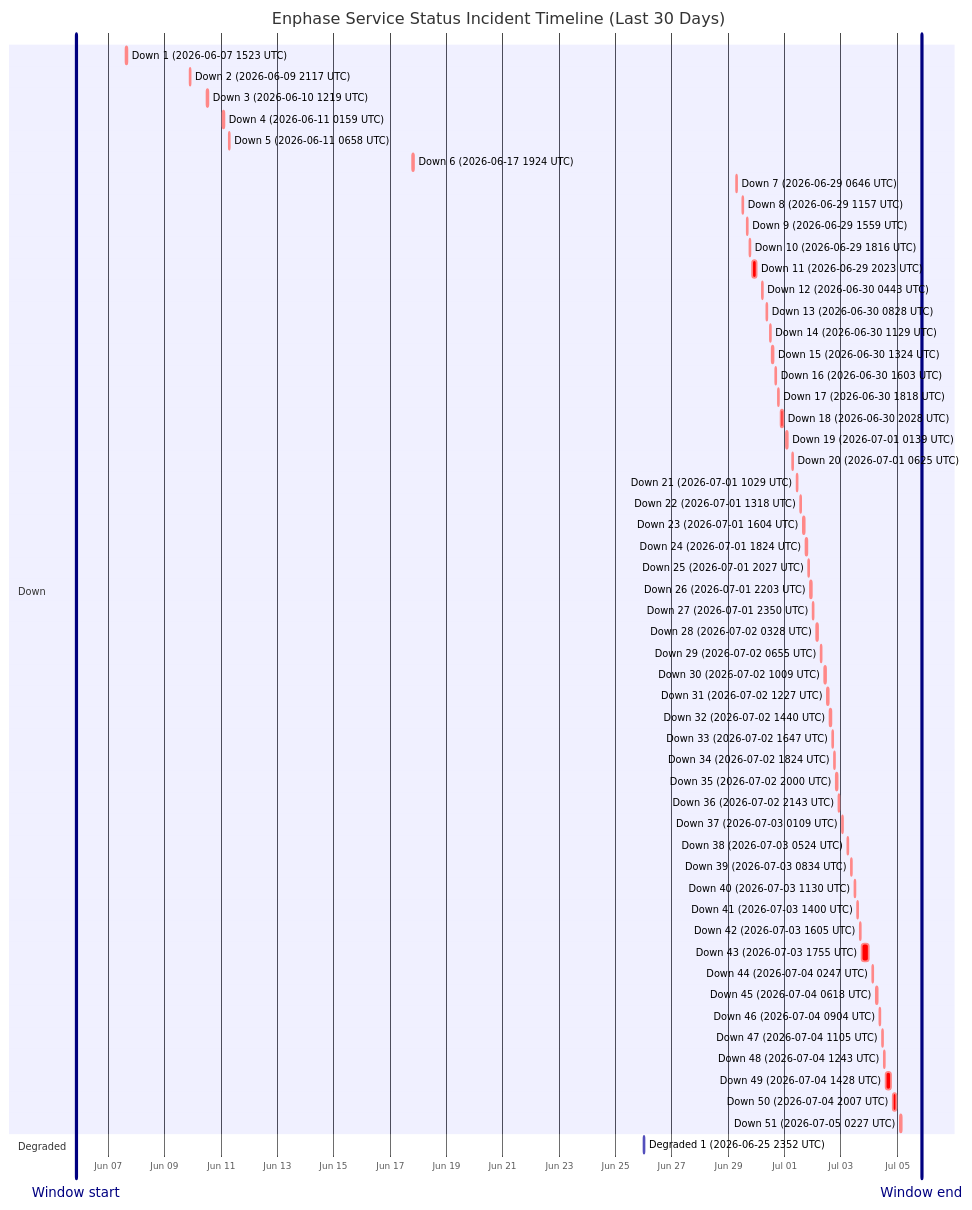
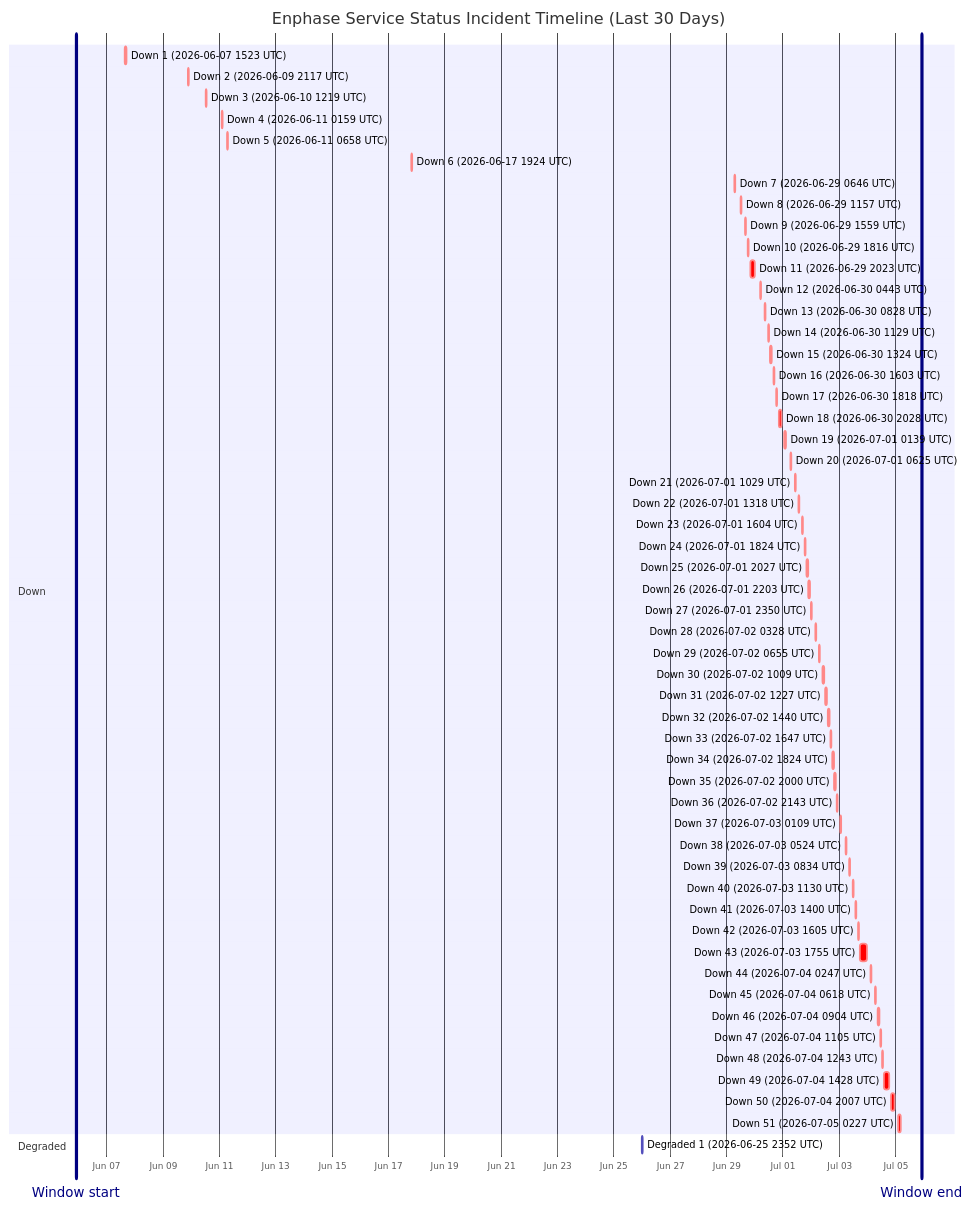
The diagram in wiki/Service-Status-History.md (barneyonline/ha-enphase-energy), drawn with Mermaid before and after one commit. The commit also changed other lines of this file and 3 other files, not shown here.

````diff
--- a/wiki/Service-Status-History.md
+++ b/wiki/Service-Status-History.md
@@ -14,62 +14,62 @@
 ```mermaid
 gantt
     title Enphase Service Status Incident Timeline (Last 30 Days)
     dateFormat  YYYY-MM-DDTHH:mm:ss
     axisFormat  %b %d
-    Window start :vert, window-start, 2026-06-05T20:35:25, 0ms
-    Window end :vert, window-end, 2026-07-05T20:35:25, 0ms
+    Window start :vert, window-start, 2026-06-05T22:00:03, 0ms
+    Window end :vert, window-end, 2026-07-05T22:00:03, 0ms
     section Down
     Down 1 (2026-06-07 1523 UTC) :crit, down-1, 2026-06-07T15:23:22, 87m
     Down 2 (2026-06-09 2117 UTC) :crit, down-2, 2026-06-09T21:17:17, 60m
     Down 3 (2026-06-10 1219 UTC) :crit, down-3, 2026-06-10T12:19:21, 60m
     Down 4 (2026-06-11 0159 UTC) :crit, down-4, 2026-06-11T01:59:36, 60m
     Down 5 (2026-06-11 0658 UTC) :crit, down-5, 2026-06-11T06:58:45, 60m
     Down 6 (2026-06-17 1924 UTC) :crit, down-6, 2026-06-17T19:24:51, 60m
     Down 7 (2026-06-29 0646 UTC) :crit, down-7, 2026-06-29T06:46:18, 60m
     Down 8 (2026-06-29 1157 UTC) :crit, down-8, 2026-06-29T11:57:36, 60m
     Down 9 (2026-06-29 1559 UTC) :crit, down-9, 2026-06-29T15:59:02, 60m
     Down 10 (2026-06-29 1816 UTC) :crit, down-10, 2026-06-29T18:16:38, 60m
     Down 11 (2026-06-29 2023 UTC) :crit, down-11, 2026-06-29T20:23:16, 220m
     Down 12 (2026-06-30 0443 UTC) :crit, down-12, 2026-06-30T04:43:54, 60m
     Down 13 (2026-06-30 0828 UTC) :crit, down-13, 2026-06-30T08:28:43, 60m
     Down 14 (2026-06-30 1129 UTC) :crit, down-14, 2026-06-30T11:29:15, 60m
     Down 15 (2026-06-30 1324 UTC) :crit, down-15, 2026-06-30T13:24:25, 60m
     Down 16 (2026-06-30 1603 UTC) :crit, down-16, 2026-06-30T16:03:26, 60m
     Down 17 (2026-06-30 1818 UTC) :crit, down-17, 2026-06-30T18:18:39, 60m
     Down 18 (2026-06-30 2028 UTC) :crit, down-18, 2026-06-30T20:28:54, 171m
     Down 19 (2026-07-01 0139 UTC) :crit, down-19, 2026-07-01T01:39:18, 60m
     Down 20 (2026-07-01 0625 UTC) :crit, down-20, 2026-07-01T06:25:35, 60m
     Down 21 (2026-07-01 1029 UTC) :crit, down-21, 2026-07-01T10:29:24, 60m
     Down 22 (2026-07-01 1318 UTC) :crit, down-22, 2026-07-01T13:18:31, 60m
     Down 23 (2026-07-01 1604 UTC) :crit, down-23, 2026-07-01T16:04:29, 60m
     Down 24 (2026-07-01 1824 UTC) :crit, down-24, 2026-07-01T18:24:21, 60m
     Down 25 (2026-07-01 2027 UTC) :crit, down-25, 2026-07-01T20:27:17, 60m
     Down 26 (2026-07-01 2203 UTC) :crit, down-26, 2026-07-01T22:03:46, 60m
     Down 27 (2026-07-01 2350 UTC) :crit, down-27, 2026-07-01T23:50:52, 60m
     Down 28 (2026-07-02 0328 UTC) :crit, down-28, 2026-07-02T03:28:33, 60m
     Down 29 (2026-07-02 0655 UTC) :crit, down-29, 2026-07-02T06:55:07, 60m
     Down 30 (2026-07-02 1009 UTC) :crit, down-30, 2026-07-02T10:09:15, 60m
     Down 31 (2026-07-02 1227 UTC) :crit, down-31, 2026-07-02T12:27:49, 60m
     Down 32 (2026-07-02 1440 UTC) :crit, down-32, 2026-07-02T14:40:53, 60m
     Down 33 (2026-07-02 1647 UTC) :crit, down-33, 2026-07-02T16:47:47, 60m
     Down 34 (2026-07-02 1824 UTC) :crit, down-34, 2026-07-02T18:24:26, 60m
     Down 35 (2026-07-02 2000 UTC) :crit, down-35, 2026-07-02T20:00:57, 60m
     Down 36 (2026-07-02 2143 UTC) :crit, down-36, 2026-07-02T21:43:52, 80m
     Down 37 (2026-07-03 0109 UTC) :crit, down-37, 2026-07-03T01:09:19, 60m
     Down 38 (2026-07-03 0524 UTC) :crit, down-38, 2026-07-03T05:24:23, 60m
     Down 39 (2026-07-03 0834 UTC) :crit, down-39, 2026-07-03T08:34:05, 60m
     Down 40 (2026-07-03 1130 UTC) :crit, down-40, 2026-07-03T11:30:41, 60m
     Down 41 (2026-07-03 1400 UTC) :crit, down-41, 2026-07-03T14:00:48, 60m
     Down 42 (2026-07-03 1605 UTC) :crit, down-42, 2026-07-03T16:05:49, 60m
     Down 43 (2026-07-03 1755 UTC) :crit, down-43, 2026-07-03T17:55:54, 338m
     Down 44 (2026-07-04 0247 UTC) :crit, down-44, 2026-07-04T02:47:22, 60m
     Down 45 (2026-07-04 0618 UTC) :crit, down-45, 2026-07-04T06:18:09, 60m
     Down 46 (2026-07-04 0904 UTC) :crit, down-46, 2026-07-04T09:04:41, 60m
     Down 47 (2026-07-04 1105 UTC) :crit, down-47, 2026-07-04T11:05:21, 60m
     Down 48 (2026-07-04 1243 UTC) :crit, down-48, 2026-07-04T12:43:25, 60m
     Down 49 (2026-07-04 1428 UTC) :crit, down-49, 2026-07-04T14:28:07, 243m
     Down 50 (2026-07-04 2007 UTC) :crit, down-50, 2026-07-04T20:07:50, 206m
     Down 51 (2026-07-05 0227 UTC) :crit, down-51, 2026-07-05T02:27:32, 109m
     section Degraded
     Degraded 1 (2026-06-25 2352 UTC) :active, degraded-1, 2026-06-25T23:52:01, 60m
 ```
````
